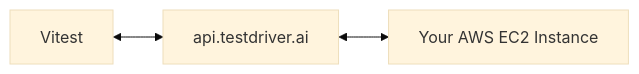
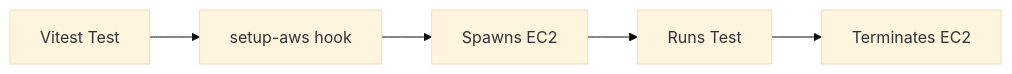
One commit to testdriverai/testdriverai changed the diagram in docs/v7/aws-setup.mdx. Above: the diagram before and after it, drawn with Mermaid (base theme). The commit also changed other lines of this file and 35 other files, not shown here.

````diff
--- a/docs/v7/aws-setup.mdx
+++ b/docs/v7/aws-setup.mdx
@@ -10,5 +10,7 @@
 ```mermaid
 graph LR
-    A[Vitest] <--> B[api.testdriver.ai]
-    B <--> C[Your AWS EC2 Instance]
+    A[Vitest Test] --> B[setup-aws hook]
+    B --> C[Spawns EC2]
+    C --> D[Runs Test]
+    D --> E[Terminates EC2]
 ```
````
